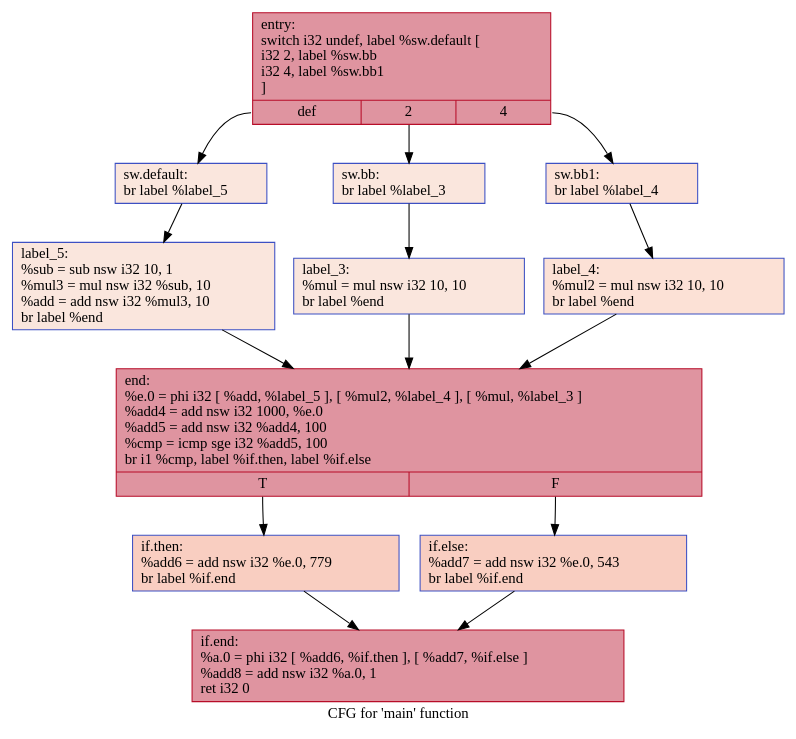
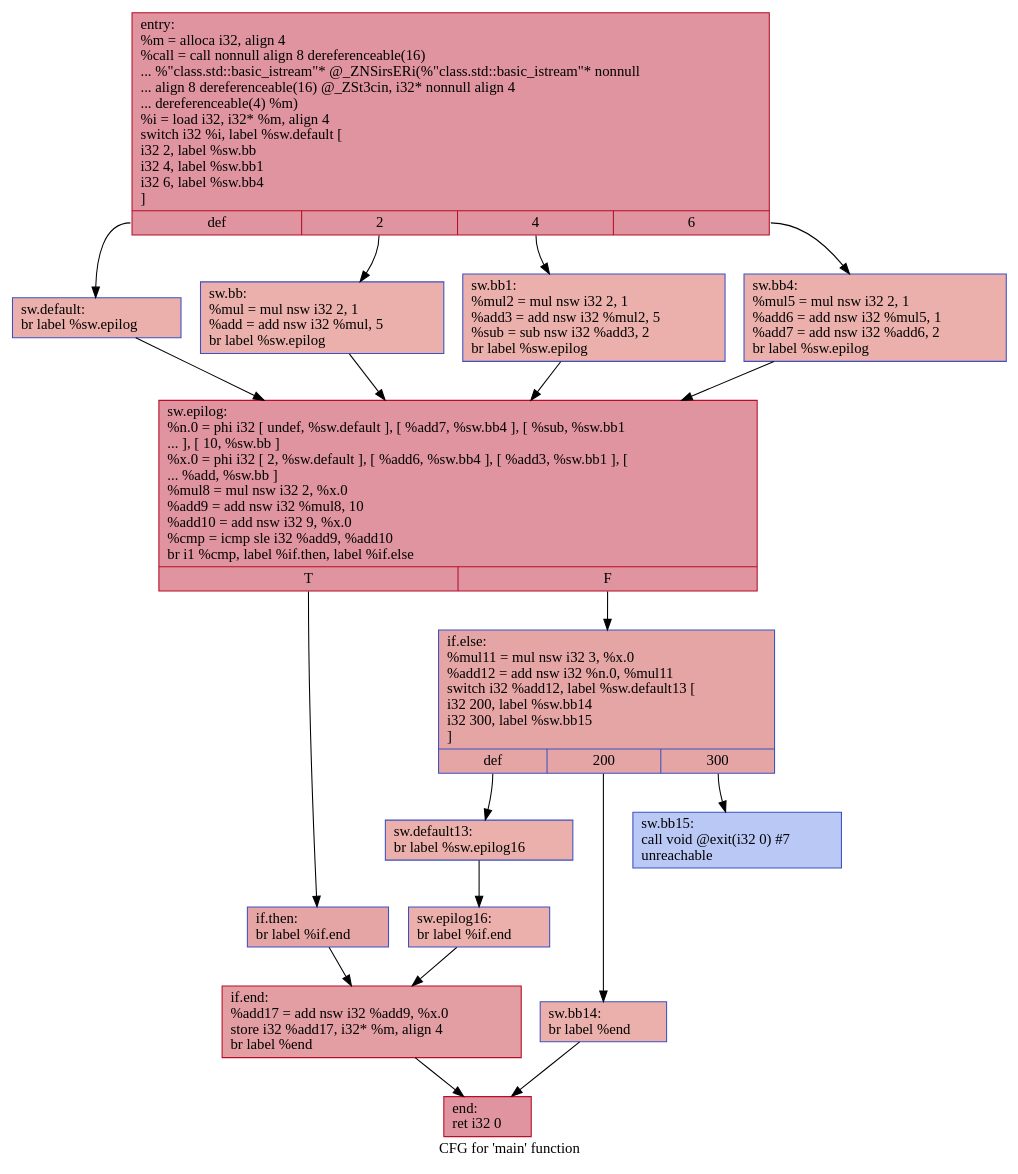
One commit to HPSSA-LLVM/HPSSA-LLVM changed the diagram in IR/cfg/removeHPSSA.dot. Above: the diagram before and after it, drawn with Graphviz. The commit also changed 15 other files, not shown here.

```diff
--- a/IR/cfg/removeHPSSA.dot
+++ b/IR/cfg/removeHPSSA.dot
@@ -1,28 +1,36 @@
 digraph "CFG for 'main' function" {
 	label="CFG for 'main' function";
 
-	Node0x5565d9053910 [shape=record,color="#b70d28ff", style=filled, fillcolor="#b70d2870",label="{entry:\l  switch i32 undef, label %sw.default [\l    i32 2, label %sw.bb\l    i32 4, label %sw.bb1\l  ]\l|{<s0>def|<s1>2|<s2>4}}"];
-	Node0x5565d9053910:s0 -> Node0x5565d9053e70;
-	Node0x5565d9053910:s1 -> Node0x5565d9053ef0;
-	Node0x5565d9053910:s2 -> Node0x5565d9053f90;
-	Node0x5565d9053ef0 [shape=record,color="#3d50c3ff", style=filled, fillcolor="#f3c7b170",label="{sw.bb:                                            \l  br label %label_3\l}"];
-	Node0x5565d9053ef0 -> Node0x5565d9054120;
-	Node0x5565d9053f90 [shape=record,color="#3d50c3ff", style=filled, fillcolor="#f7bca170",label="{sw.bb1:                                           \l  br label %label_4\l}"];
-	Node0x5565d9053f90 -> Node0x5565d9054200;
-	Node0x5565d9053e70 [shape=record,color="#3d50c3ff", style=filled, fillcolor="#f3c7b170",label="{sw.default:                                       \l  br label %label_5\l}"];
-	Node0x5565d9053e70 -> Node0x5565d90542e0;
-	Node0x5565d9054120 [shape=record,color="#3d50c3ff", style=filled, fillcolor="#f3c7b170",label="{label_3:                                          \l  %mul = mul nsw i32 10, 10\l  br label %end\l}"];
-	Node0x5565d9054120 -> Node0x5565d90544a0;
-	Node0x5565d9054200 [shape=record,color="#3d50c3ff", style=filled, fillcolor="#f7bca170",label="{label_4:                                          \l  %mul2 = mul nsw i32 10, 10\l  br label %end\l}"];
-	Node0x5565d9054200 -> Node0x5565d90544a0;
-	Node0x5565d90542e0 [shape=record,color="#3d50c3ff", style=filled, fillcolor="#f3c7b170",label="{label_5:                                          \l  %sub = sub nsw i32 10, 1\l  %mul3 = mul nsw i32 %sub, 10\l  %add = add nsw i32 %mul3, 10\l  br label %end\l}"];
-	Node0x5565d90542e0 -> Node0x5565d90544a0;
-	Node0x5565d90544a0 [shape=record,color="#b70d28ff", style=filled, fillcolor="#b70d2870",label="{end:                                              \l  %e.0 = phi i32 [ %add, %label_5 ], [ %mul2, %label_4 ], [ %mul, %label_3 ]\l  %add4 = add nsw i32 1000, %e.0\l  %add5 = add nsw i32 %add4, 100\l  %cmp = icmp sge i32 %add5, 100\l  br i1 %cmp, label %if.then, label %if.else\l|{<s0>T|<s1>F}}"];
-	Node0x5565d90544a0:s0 -> Node0x5565d9054e50;
-	Node0x5565d90544a0:s1 -> Node0x5565d9054ec0;
-	Node0x5565d9054e50 [shape=record,color="#3d50c3ff", style=filled, fillcolor="#f2907270",label="{if.then:                                          \l  %add6 = add nsw i32 %e.0, 779\l  br label %if.end\l}"];
-	Node0x5565d9054e50 -> Node0x5565d90550c0;
-	Node0x5565d9054ec0 [shape=record,color="#3d50c3ff", style=filled, fillcolor="#f2907270",label="{if.else:                                          \l  %add7 = add nsw i32 %e.0, 543\l  br label %if.end\l}"];
-	Node0x5565d9054ec0 -> Node0x5565d90550c0;
-	Node0x5565d90550c0 [shape=record,color="#b70d28ff", style=filled, fillcolor="#b70d2870",label="{if.end:                                           \l  %a.0 = phi i32 [ %add6, %if.then ], [ %add7, %if.else ]\l  %add8 = add nsw i32 %a.0, 1\l  ret i32 0\l}"];
+	Node0x55b0125e40f0 [shape=record,color="#b70d28ff", style=filled, fillcolor="#b70d2870",label="{entry:\l  %m = alloca i32, align 4\l  %call = call nonnull align 8 dereferenceable(16)\l... %\"class.std::basic_istream\"* @_ZNSirsERi(%\"class.std::basic_istream\"* nonnull\l... align 8 dereferenceable(16) @_ZSt3cin, i32* nonnull align 4\l... dereferenceable(4) %m)\l  %i = load i32, i32* %m, align 4\l  switch i32 %i, label %sw.default [\l    i32 2, label %sw.bb\l    i32 4, label %sw.bb1\l    i32 6, label %sw.bb4\l  ]\l|{<s0>def|<s1>2|<s2>4|<s3>6}}"];
+	Node0x55b0125e40f0:s0 -> Node0x55b0125e4530;
+	Node0x55b0125e40f0:s1 -> Node0x55b0125e4640;
+	Node0x55b0125e40f0:s2 -> Node0x55b0125e4740;
+	Node0x55b0125e40f0:s3 -> Node0x55b0125e4840;
+	Node0x55b0125e4640 [shape=record,color="#3d50c3ff", style=filled, fillcolor="#d24b4070",label="{sw.bb:                                            \l  %mul = mul nsw i32 2, 1\l  %add = add nsw i32 %mul, 5\l  br label %sw.epilog\l}"];
+	Node0x55b0125e4640 -> Node0x55b0125e4af0;
+	Node0x55b0125e4740 [shape=record,color="#3d50c3ff", style=filled, fillcolor="#d24b4070",label="{sw.bb1:                                           \l  %mul2 = mul nsw i32 2, 1\l  %add3 = add nsw i32 %mul2, 5\l  %sub = sub nsw i32 %add3, 2\l  br label %sw.epilog\l}"];
+	Node0x55b0125e4740 -> Node0x55b0125e4af0;
+	Node0x55b0125e4840 [shape=record,color="#3d50c3ff", style=filled, fillcolor="#d24b4070",label="{sw.bb4:                                           \l  %mul5 = mul nsw i32 2, 1\l  %add6 = add nsw i32 %mul5, 1\l  %add7 = add nsw i32 %add6, 2\l  br label %sw.epilog\l}"];
+	Node0x55b0125e4840 -> Node0x55b0125e4af0;
+	Node0x55b0125e4530 [shape=record,color="#3d50c3ff", style=filled, fillcolor="#d24b4070",label="{sw.default:                                       \l  br label %sw.epilog\l}"];
+	Node0x55b0125e4530 -> Node0x55b0125e4af0;
+	Node0x55b0125e4af0 [shape=record,color="#b70d28ff", style=filled, fillcolor="#b70d2870",label="{sw.epilog:                                        \l  %n.0 = phi i32 [ undef, %sw.default ], [ %add7, %sw.bb4 ], [ %sub, %sw.bb1\l... ], [ 10, %sw.bb ]\l  %x.0 = phi i32 [ 2, %sw.default ], [ %add6, %sw.bb4 ], [ %add3, %sw.bb1 ], [\l... %add, %sw.bb ]\l  %mul8 = mul nsw i32 2, %x.0\l  %add9 = add nsw i32 %mul8, 10\l  %add10 = add nsw i32 9, %x.0\l  %cmp = icmp sle i32 %add9, %add10\l  br i1 %cmp, label %if.then, label %if.else\l|{<s0>T|<s1>F}}"];
+	Node0x55b0125e4af0:s0 -> Node0x55b0125e5c80;
+	Node0x55b0125e4af0:s1 -> Node0x55b0125e5cf0;
+	Node0x55b0125e5c80 [shape=record,color="#3d50c3ff", style=filled, fillcolor="#c5333470",label="{if.then:                                          \l  br label %if.end\l}"];
+	Node0x55b0125e5c80 -> Node0x55b0125e6130;
+	Node0x55b0125e5cf0 [shape=record,color="#3d50c3ff", style=filled, fillcolor="#c5333470",label="{if.else:                                          \l  %mul11 = mul nsw i32 3, %x.0\l  %add12 = add nsw i32 %n.0, %mul11\l  switch i32 %add12, label %sw.default13 [\l    i32 200, label %sw.bb14\l    i32 300, label %sw.bb15\l  ]\l|{<s0>def|<s1>200|<s2>300}}"];
+	Node0x55b0125e5cf0:s0 -> Node0x55b0125e63a0;
+	Node0x55b0125e5cf0:s1 -> Node0x55b0125e6450;
+	Node0x55b0125e5cf0:s2 -> Node0x55b0125e64f0;
+	Node0x55b0125e63a0 [shape=record,color="#3d50c3ff", style=filled, fillcolor="#d24b4070",label="{sw.default13:                                     \l  br label %sw.epilog16\l}"];
+	Node0x55b0125e63a0 -> Node0x55b0125e6680;
+	Node0x55b0125e6450 [shape=record,color="#3d50c3ff", style=filled, fillcolor="#d24b4070",label="{sw.bb14:                                          \l  br label %end\l}"];
+	Node0x55b0125e6450 -> Node0x55b0125e6770;
+	Node0x55b0125e64f0 [shape=record,color="#3d50c3ff", style=filled, fillcolor="#6282ea70",label="{sw.bb15:                                          \l  call void @exit(i32 0) #7\l  unreachable\l}"];
+	Node0x55b0125e6680 [shape=record,color="#3d50c3ff", style=filled, fillcolor="#d24b4070",label="{sw.epilog16:                                      \l  br label %if.end\l}"];
+	Node0x55b0125e6680 -> Node0x55b0125e6130;
+	Node0x55b0125e6130 [shape=record,color="#b70d28ff", style=filled, fillcolor="#be242e70",label="{if.end:                                           \l  %add17 = add nsw i32 %add9, %x.0\l  store i32 %add17, i32* %m, align 4\l  br label %end\l}"];
+	Node0x55b0125e6130 -> Node0x55b0125e6770;
+	Node0x55b0125e6770 [shape=record,color="#b70d28ff", style=filled, fillcolor="#b70d2870",label="{end:                                              \l  ret i32 0\l}"];
 }
```
